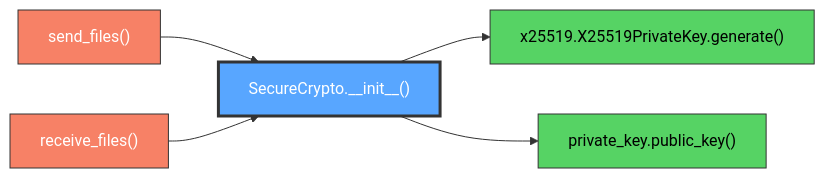
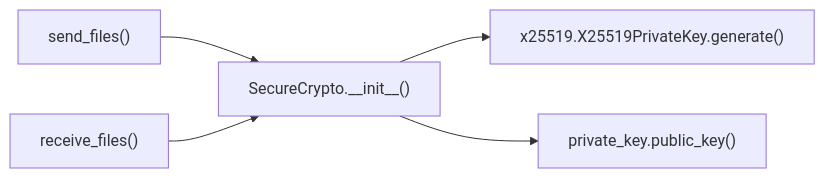
The diagram in docs/crypto_init.md (proudsunburn/ftransfer), drawn with Mermaid before and after one commit. The commit also changed 23 other files, not shown here.

Commit message:
MINOR: Remove colors from mermaid for easy light/dark mode switching

````diff
--- a/docs/crypto_init.md
+++ b/docs/crypto_init.md
@@ -11,17 +11,13 @@
 ```mermaid
 graph LR
-    send_files["send_files()"]:::red
-    receive_files["receive_files()"]:::red
-    crypto_init["SecureCrypto.__init__()"]:::highlight
-    x25519_generate["x25519.X25519PrivateKey.generate()"]:::green
-    public_key["private_key.public_key()"]:::green
+    send_files["send_files()"]
+    receive_files["receive_files()"]
+    crypto_init["SecureCrypto.__init__()"]
+    x25519_generate["x25519.X25519PrivateKey.generate()"]
+    public_key["private_key.public_key()"]
 
     send_files --> crypto_init
     receive_files --> crypto_init
     crypto_init --> x25519_generate
     crypto_init --> public_key
-
-    classDef red fill:#f78166,stroke:#333,color:#fff
-    classDef highlight fill:#58a6ff,stroke:#333,color:#fff,stroke-width:3px
-    classDef green fill:#56d364,stroke:#333,color:#000
 ```
````
